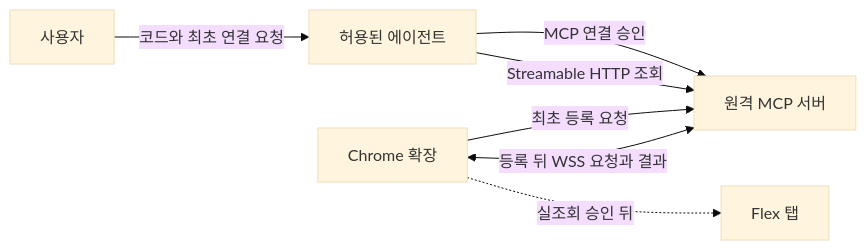
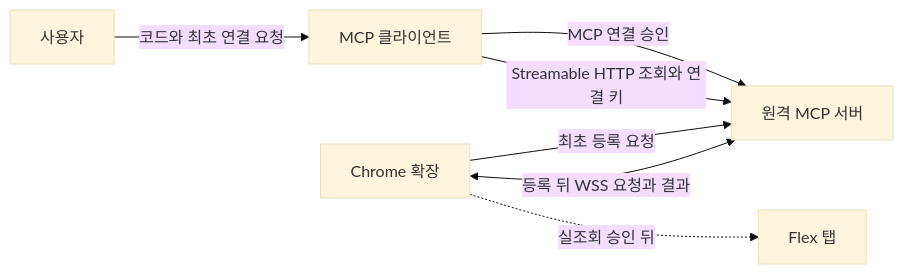
The diagram in ARCHITECTURE.md (freevue/flex-mcp), drawn with Mermaid (base theme) before and after one commit. The commit also changed other lines of this file and 84 other files, not shown here.

````diff
--- a/ARCHITECTURE.md
+++ b/ARCHITECTURE.md
@@ -19,9 +19,9 @@
 ```mermaid
 flowchart LR
-    User["사용자"] -->|코드와 최초 연결 요청| Agent["허용된 에이전트"]
-    Agent -->|MCP 연결 승인| Server["원격 MCP 서버"]
+    User["사용자"] -->|코드와 최초 연결 요청| Client["MCP 클라이언트"]
+    Client -->|MCP 연결 승인| Server["원격 MCP 서버"]
     Extension["Chrome 확장"] -->|최초 등록 요청| Server
-    Agent -->|Streamable HTTP 조회| Server
+    Client -->|Streamable HTTP 조회와 연결 키| Server
     Extension <-->|등록 뒤 WSS 요청과 결과| Server
     Extension -.->|실조회 승인 뒤| Flex["Flex 탭"]
 ```
````
